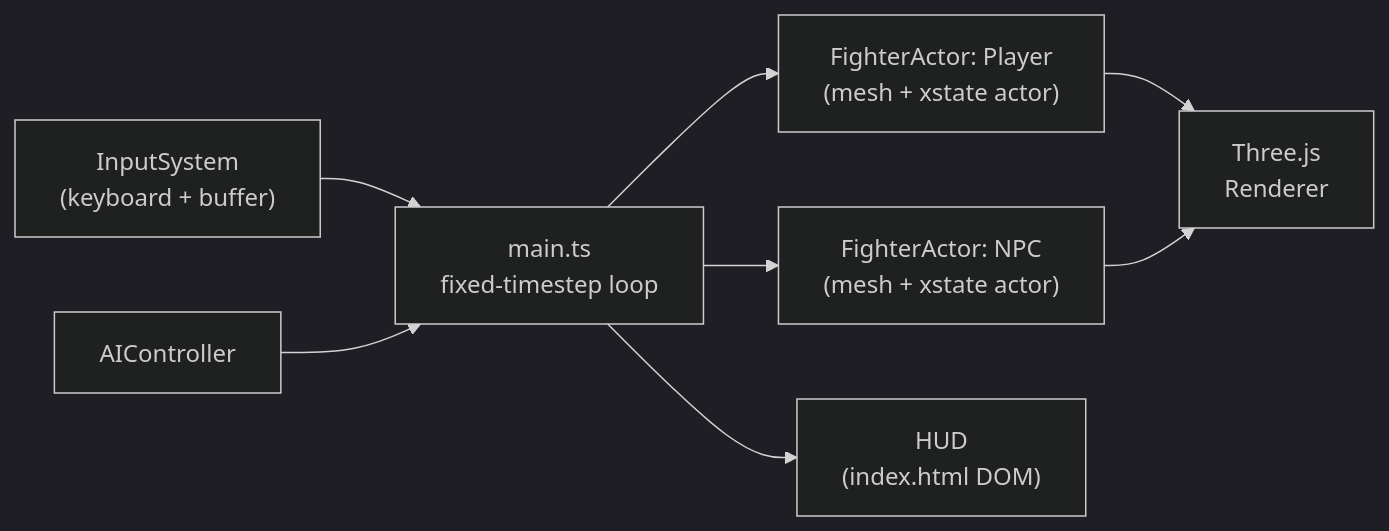
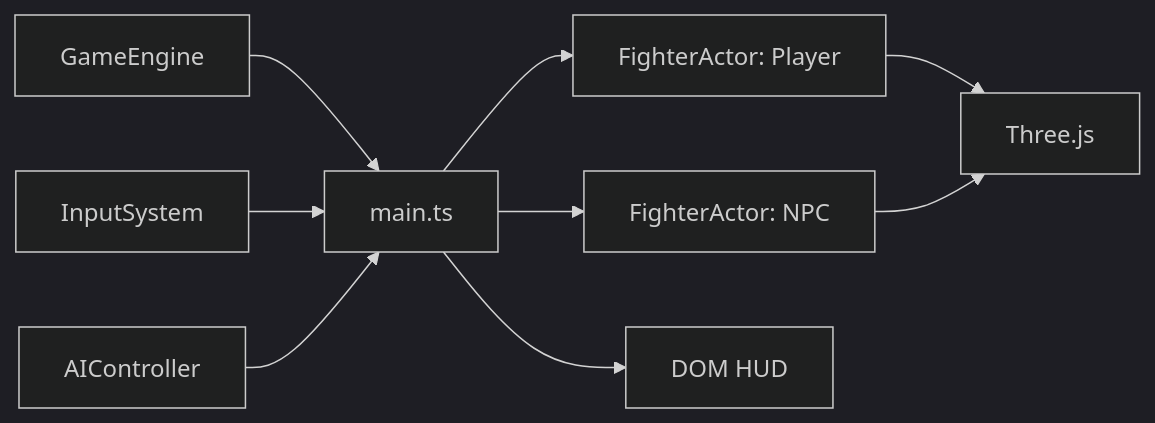
The first of 2 diagrams in README.md (GhCristea/xstate-threejs-fighting-template), drawn with Mermaid (dark theme) before and after one commit. The commit also changed other lines of this file and 2 other files, not shown here.

Commit message:
Update docs to reflect GameEngine class and new loop architecture

````diff
--- a/README.md
+++ b/README.md
@@ -96,13 +100,14 @@
 ```mermaid
 flowchart LR
-  Input["InputSystem<br/>(keyboard + buffer)"] --> Main["main.ts<br/>fixed-timestep loop"]
-  AI["AIController"] --> Main
+  Engine[GameEngine] --> Main[main.ts]
+  Input[InputSystem] --> Main
+  AI[AIController] --> Main
 
-  Main --> P1["FighterActor: Player<br/>(mesh + xstate actor)"]
-  Main --> P2["FighterActor: NPC<br/>(mesh + xstate actor)"]
+  Main --> P1[FighterActor: Player]
+  Main --> P2[FighterActor: NPC]
 
-  P1 --> Three["Three.js<br/>Renderer"]
+  P1 --> Three[Three.js]
   P2 --> Three
 
-  Main --> HUD["HUD<br/>(index.html DOM)"]
+  Main --> HUD[DOM HUD]
 ```
````
